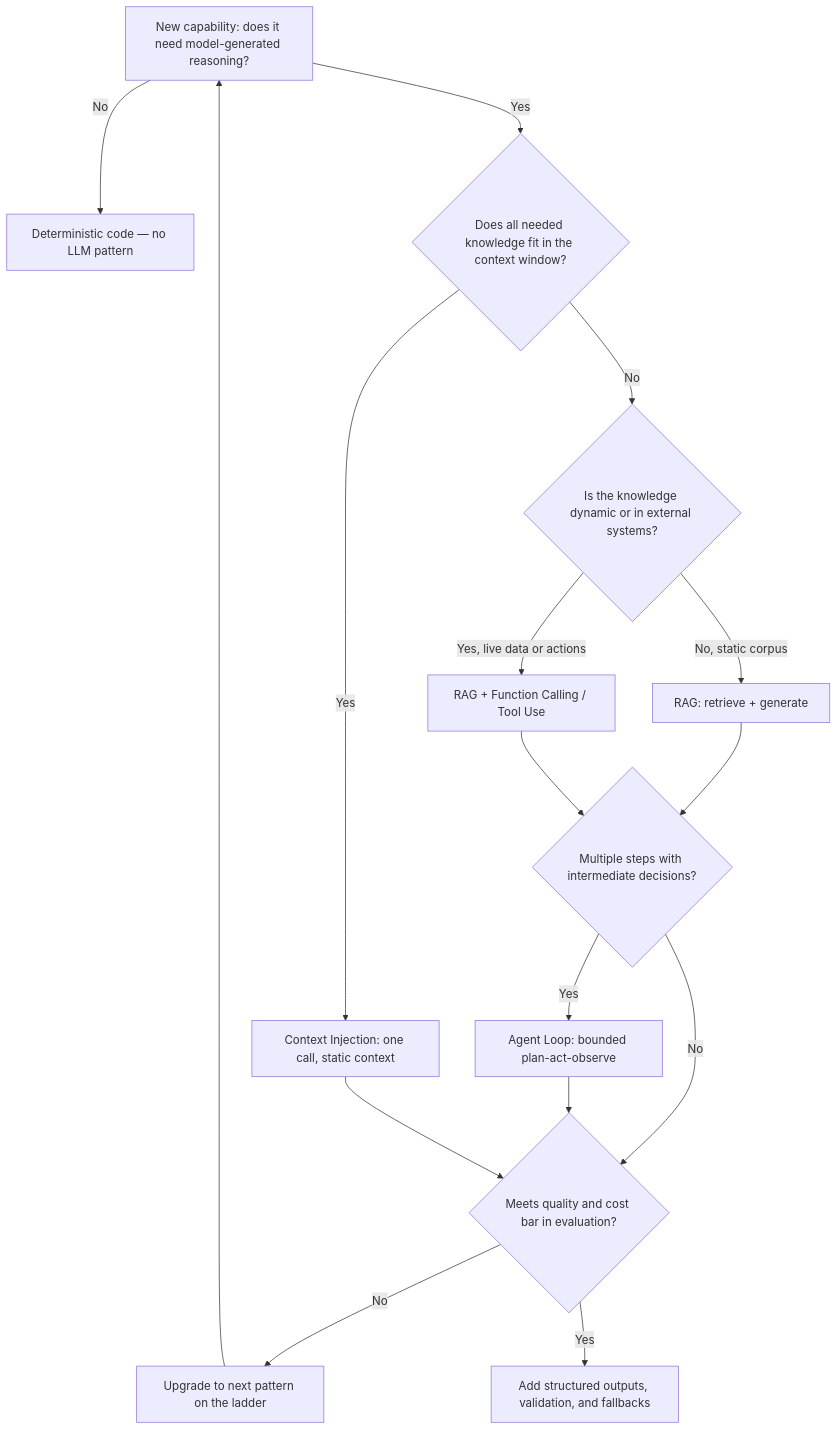
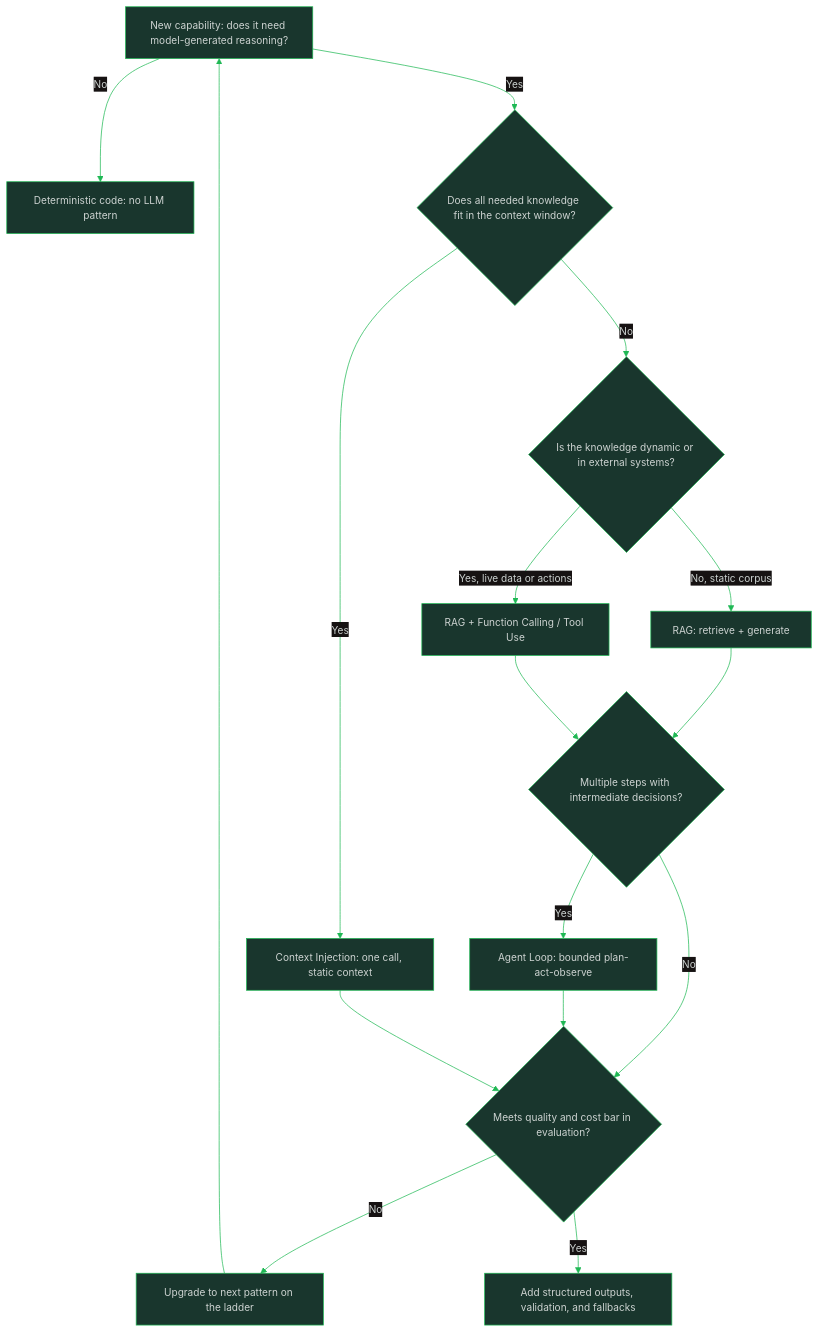
One commit to oat431/swe-knowledge changed the diagram in career-path/18_Applied_AI_Engineer/01_LLM_Application_Patterns/00_overview.md. Above: the diagram before and after it, drawn with Mermaid. The commit also changed other lines of this file and 893 other files, not shown here.

````diff
--- a/career-path/18_Applied_AI_Engineer/01_LLM_Application_Patterns/00_overview.md
+++ b/career-path/18_Applied_AI_Engineer/01_LLM_Application_Patterns/00_overview.md
@@ -38,18 +38,19 @@
 ```mermaid
+%%{init: {'theme':'base','themeVariables':{'primaryColor':'#19362D','primaryTextColor':'#CDD3D1','primaryBorderColor':'#1FB854','lineColor':'#1FB854','background':'#1B1717','mainBkg':'#19362D','clusterBkg':'#161212','edgeLabelBackground':'#161212','titleColor':'#1FB854','fontSize':'14px'}}}%%
 flowchart TD
-    START["New capability: does it need model-generated reasoning?"] -->|No| RULES["Deterministic code — no LLM pattern"]
+    START["New capability: does it need model-generated reasoning?"] -->|No| RULES["Deterministic code: no LLM pattern"]
     START -->|Yes| FIT{"Does all needed knowledge fit in the context window?"}
     FIT -->|Yes| INJECT["Context Injection: one call, static context"]
     FIT -->|No| FRESH{"Is the knowledge dynamic or in external systems?"}
     FRESH -->|No, static corpus| RAG["RAG: retrieve + generate"]
     FRESH -->|Yes, live data or actions| TOOLS["RAG + Function Calling / Tool Use"]
     RAG --> MULTI{"Multiple steps with intermediate decisions?"}
     TOOLS --> MULTI
     MULTI -->|No| SHIP{"Meets quality and cost bar in evaluation?"}
     MULTI -->|Yes| LOOP["Agent Loop: bounded plan-act-observe"]
     LOOP --> SHIP
     INJECT --> SHIP
     SHIP -->|No| UPGRADE["Upgrade to next pattern on the ladder"]
     UPGRADE --> START
     SHIP -->|Yes| HARDEN["Add structured outputs, validation, and fallbacks"]
 ```
````
